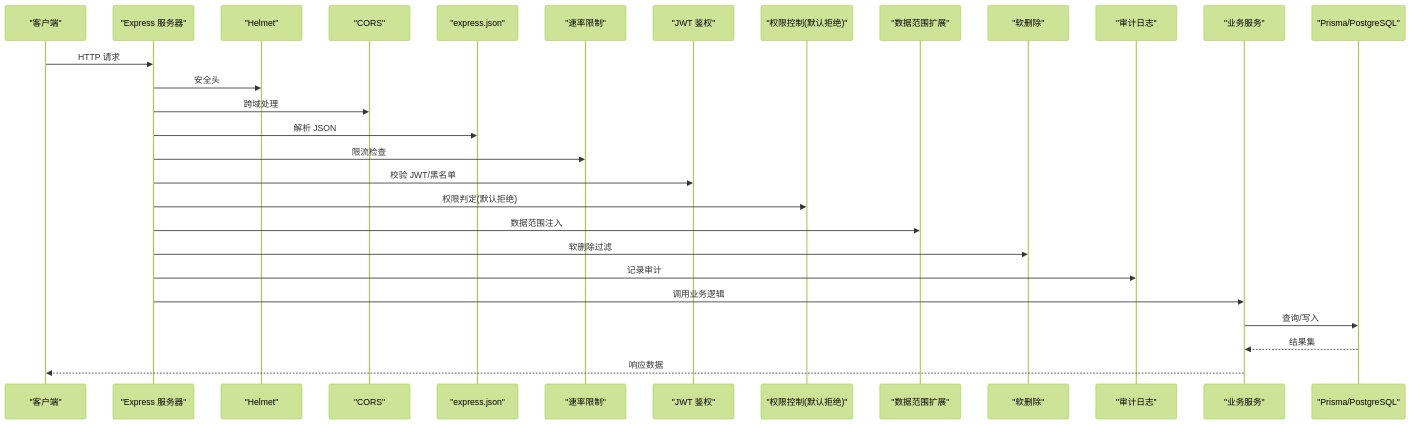
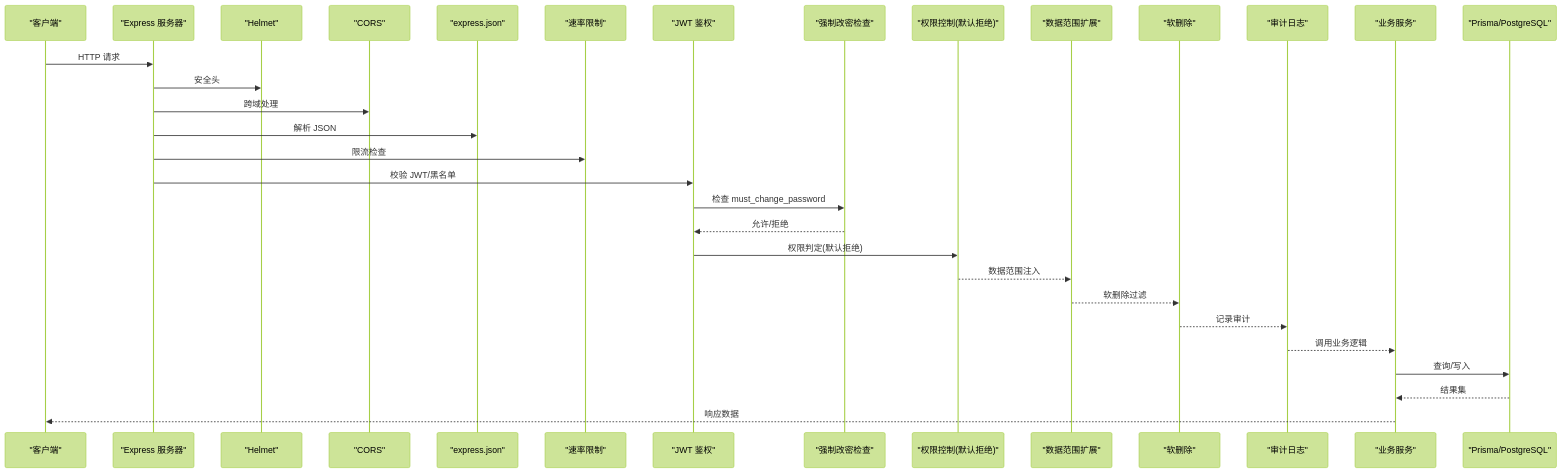
The second of 11 diagrams in .qoder/repowiki/zh/content/构建与部署/本地开发环境启动指南.md (Damao997/newproject), drawn with Mermaid (forest theme) before and after one commit. The commit also changed other lines of this file and 24 other files, not shown here.

````diff
--- a/.qoder/repowiki/zh/content/构建与部署/本地开发环境启动指南.md
+++ b/.qoder/repowiki/zh/content/构建与部署/本地开发环境启动指南.md
@@ -86,30 +101,33 @@
 ```mermaid
 sequenceDiagram
 participant Client as "客户端"
 participant Server as "Express 服务器"
 participant Helmet as "Helmet"
 participant CORS as "CORS"
 participant JSON as "express.json"
 participant RateLimit as "速率限制"
 participant Auth as "JWT 鉴权"
+participant ForceChange as "强制改密检查"
 participant Perm as "权限控制(默认拒绝)"
 participant Scope as "数据范围扩展"
 participant SoftDel as "软删除"
 participant Audit as "审计日志"
 participant Service as "业务服务"
 participant DB as "Prisma/PostgreSQL"
 Client->>Server : HTTP 请求
 Server->>Helmet : 安全头
 Server->>CORS : 跨域处理
 Server->>JSON : 解析 JSON
 Server->>RateLimit : 限流检查
 Server->>Auth : 校验 JWT/黑名单
-Server->>Perm : 权限判定(默认拒绝)
-Server->>Scope : 数据范围注入
-Server->>SoftDel : 软删除过滤
-Server->>Audit : 记录审计
-Server->>Service : 调用业务逻辑
+Auth->>ForceChange : 检查 must_change_password
+ForceChange-->>Auth : 允许/拒绝
+Auth->>Perm : 权限判定(默认拒绝)
+Perm-->>Scope : 数据范围注入
+Scope-->>SoftDel : 软删除过滤
+SoftDel-->>Audit : 记录审计
+Audit-->>Service : 调用业务逻辑
 Service->>DB : 查询/写入
 DB-->>Service : 结果集
 Service-->>Client : 响应数据
 ```
````
